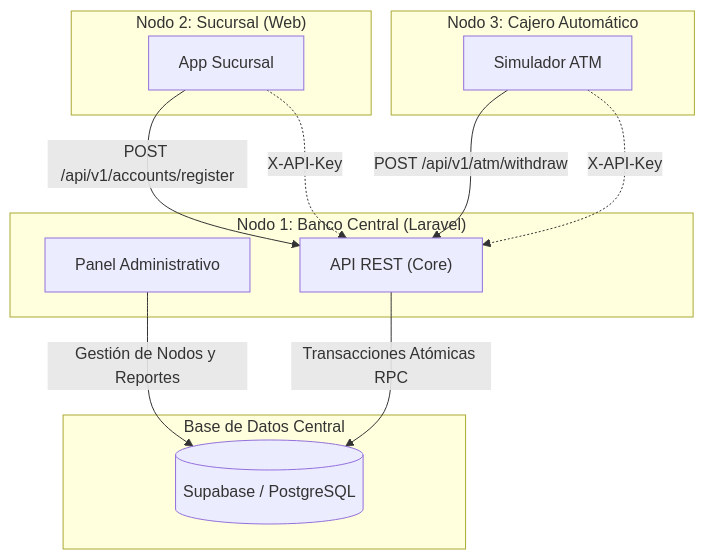
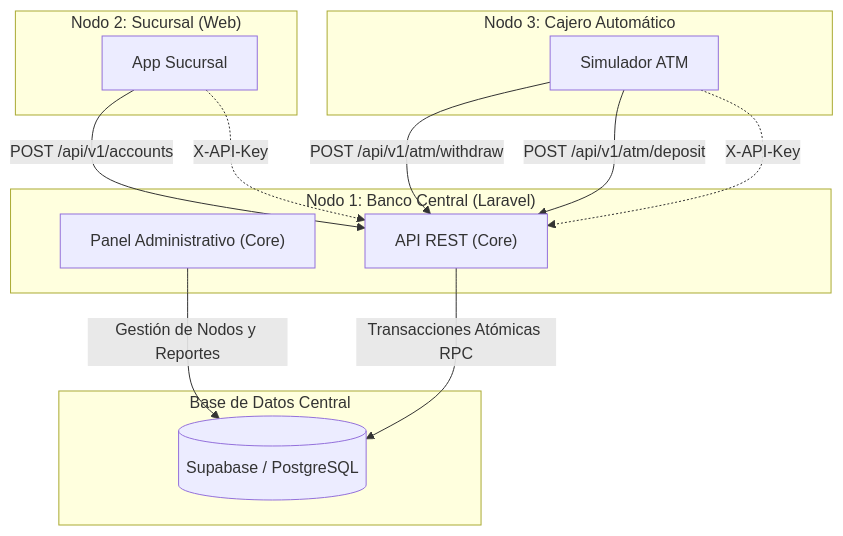
One commit to TopWebTec/banco-central changed the diagram in README.md. Above: the diagram before and after it, drawn with Mermaid. The commit also changed other lines of this file, not shown here.

````diff
--- a/README.md
+++ b/README.md
@@ -8,28 +11,29 @@
 ```mermaid
 graph TD
     subgraph CentralDB ["Base de Datos Central"]
         DB[("Supabase / PostgreSQL")]
     end
 
     subgraph Nodo1 ["Nodo 1: Banco Central (Laravel)"]
-        Admin["Panel Administrativo"]
+        Admin["Panel Administrativo (Core)"]
         API_Core["API REST (Core)"]
     end
 
     subgraph Nodo2 ["Nodo 2: Sucursal (Web)"]
         Sucursal["App Sucursal"]
     end
 
     subgraph Nodo3 ["Nodo 3: Cajero Automático"]
         ATM["Simulador ATM"]
     end
 
     Admin -->|"Gestión de Nodos y Reportes"| DB
     API_Core -->|"Transacciones Atómicas RPC"| DB
 
-    Sucursal -->|"POST /api/v1/accounts/register"| API_Core
+    Sucursal -->|"POST /api/v1/accounts"| API_Core
     ATM -->|"POST /api/v1/atm/withdraw"| API_Core
+    ATM -->|"POST /api/v1/atm/deposit"| API_Core
 
     Sucursal -.->|"X-API-Key"| API_Core
     ATM -.->|"X-API-Key"| API_Core
 ```
````
